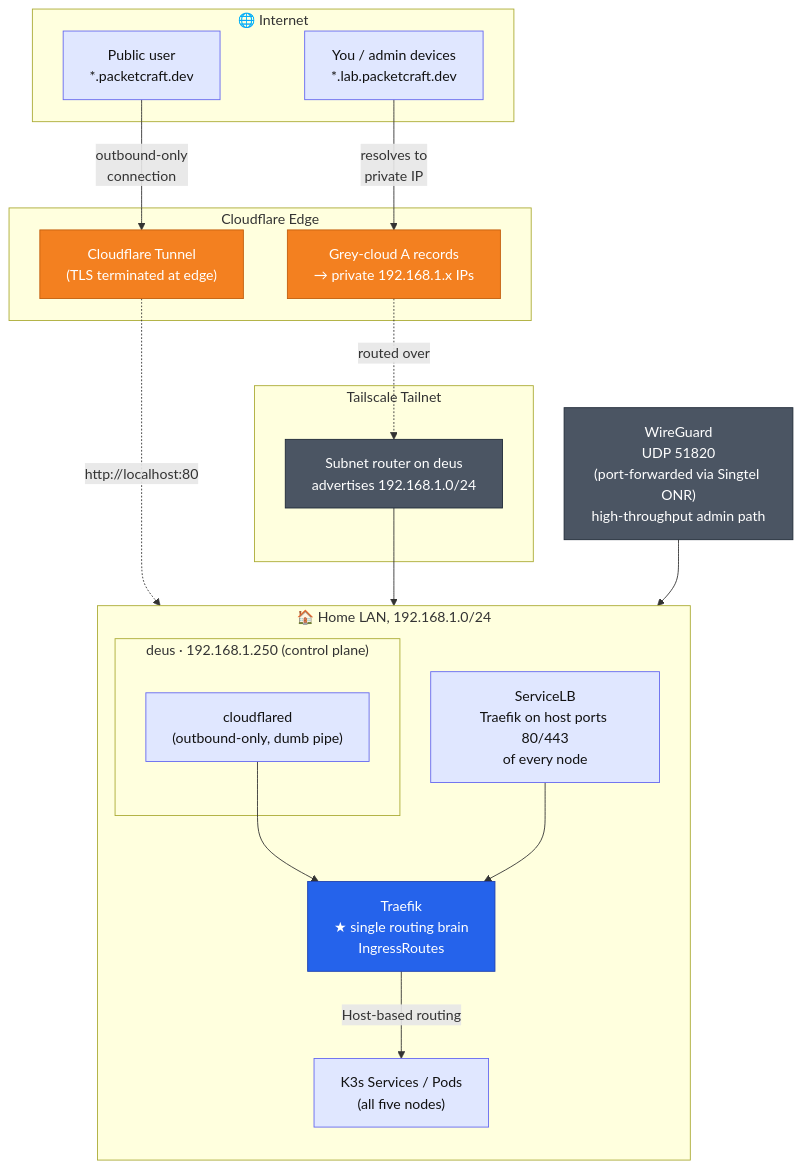
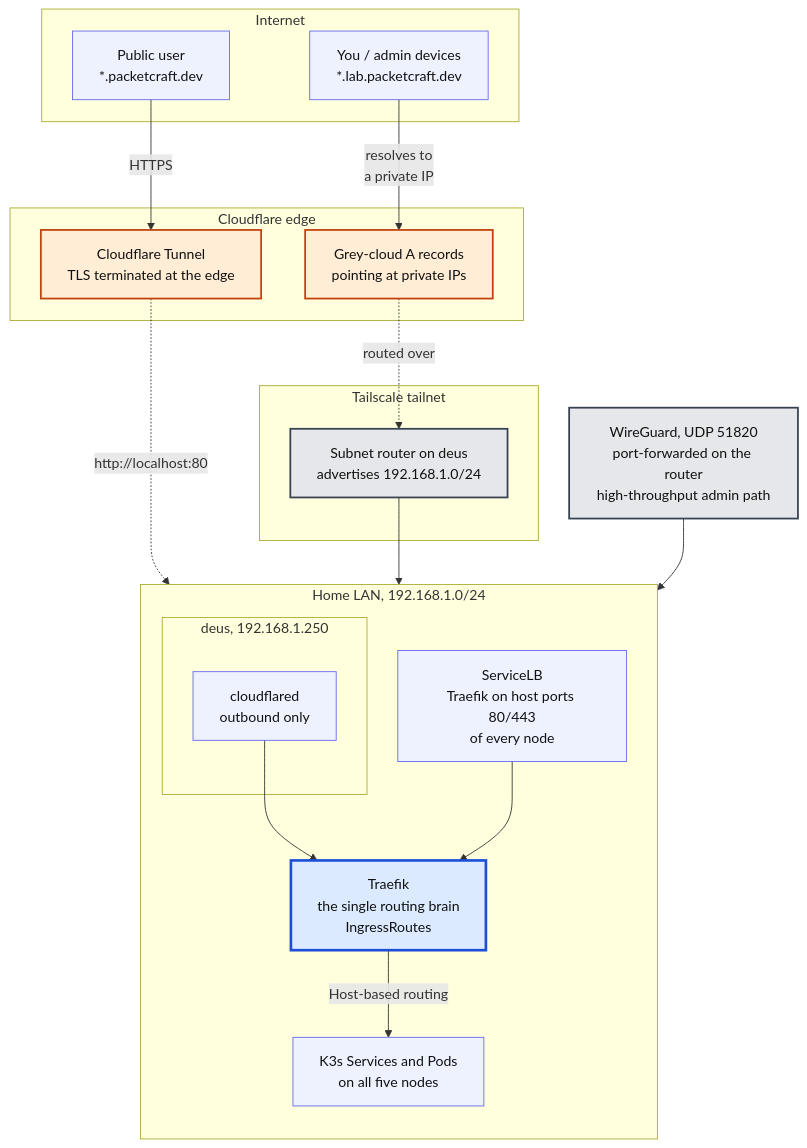
Before and after one commit to home-compute-cluster/docs: the first of 5 diagrams in docs/system-architecture/home-cluster.md, drawn with Mermaid. The commit also changed other lines of this file, not shown here.

First line of the commit message:
Make the architecture diagrams readable

````diff
--- a/docs/system-architecture/home-cluster.md
+++ b/docs/system-architecture/home-cluster.md
@@ -64,52 +64,52 @@
 ```mermaid
 flowchart TB
-    subgraph internet["🌐 Internet"]
+    subgraph internet["Internet"]
         user_pub["Public user<br/>*.packetcraft.dev"]
         user_priv["You / admin devices<br/>*.lab.packetcraft.dev"]
     end
 
-    subgraph cf["Cloudflare Edge"]
-        cf_tunnel["Cloudflare Tunnel<br/>(TLS terminated at edge)"]
-        cf_dns_grey["Grey-cloud A records<br/>→ private 192.168.1.x IPs"]
+    subgraph cf["Cloudflare edge"]
+        cf_tunnel["Cloudflare Tunnel<br/>TLS terminated at the edge"]
+        cf_dns_grey["Grey-cloud A records<br/>pointing at private IPs"]
     end
 
-    subgraph tailnet["Tailscale Tailnet"]
+    subgraph tailnet["Tailscale tailnet"]
         ts_router["Subnet router on deus<br/>advertises 192.168.1.0/24"]
     end
 
-    wg["WireGuard<br/>UDP 51820<br/>(port-forwarded via Singtel ONR)<br/>high-throughput admin path"]
+    wg["WireGuard, UDP 51820<br/>port-forwarded on the router<br/>high-throughput admin path"]
 
-    subgraph lan["🏠 Home LAN, 192.168.1.0/24"]
+    subgraph lan["Home LAN, 192.168.1.0/24"]
         direction TB
 
-        subgraph deus_node["deus · 192.168.1.250 (control plane)"]
-            cloudflared["cloudflared<br/>(outbound-only, dumb pipe)"]
+        subgraph deus_node["deus, 192.168.1.250"]
+            cloudflared["cloudflared<br/>outbound only"]
         end
 
         svclb["ServiceLB<br/>Traefik on host ports 80/443<br/>of every node"]
-        traefik["Traefik<br/>★ single routing brain<br/>IngressRoutes"]
-        svc_pool["K3s Services / Pods<br/>(all five nodes)"]
+        traefik["Traefik<br/>the single routing brain<br/>IngressRoutes"]
+        svc_pool["K3s Services and Pods<br/>on all five nodes"]
     end
 
-    user_pub -->|"outbound-only<br/>connection"| cf_tunnel
+    user_pub -->|"HTTPS"| cf_tunnel
     cf_tunnel -.->|"http://localhost:80"| cloudflared
     cloudflared --> traefik
 
-    user_priv -->|"resolves to<br/>private IP"| cf_dns_grey
+    user_priv -->|"resolves to<br/>a private IP"| cf_dns_grey
     cf_dns_grey -.->|"routed over"| ts_router
     ts_router --> svclb
     wg --> svclb
     svclb --> traefik
 
     traefik -->|"Host-based routing"| svc_pool
 
-    classDef edge fill:#f38020,stroke:#c25e0d,color:#fff
-    classDef ts fill:#4b5563,stroke:#1f2937,color:#fff
-    classDef brain fill:#2563eb,stroke:#1e40af,color:#fff
-    classDef node fill:#e0e7ff,stroke:#6366f1,color:#111
+    classDef edge fill:#ffedd5,stroke:#c2410c,stroke-width:2px,color:#111
+    classDef ts fill:#e5e7eb,stroke:#374151,stroke-width:2px,color:#111
+    classDef brain fill:#dbeafe,stroke:#1d4ed8,stroke-width:3px,color:#111
+    classDef node fill:#eef2ff,stroke:#6366f1,color:#111
 
     class cf_tunnel,cf_dns_grey edge
     class ts_router,wg ts
     class traefik brain
-    class cloudflared,svclb,svc_pool node
+    class cloudflared,svclb,svc_pool,user_pub,user_priv node
 ```
````
